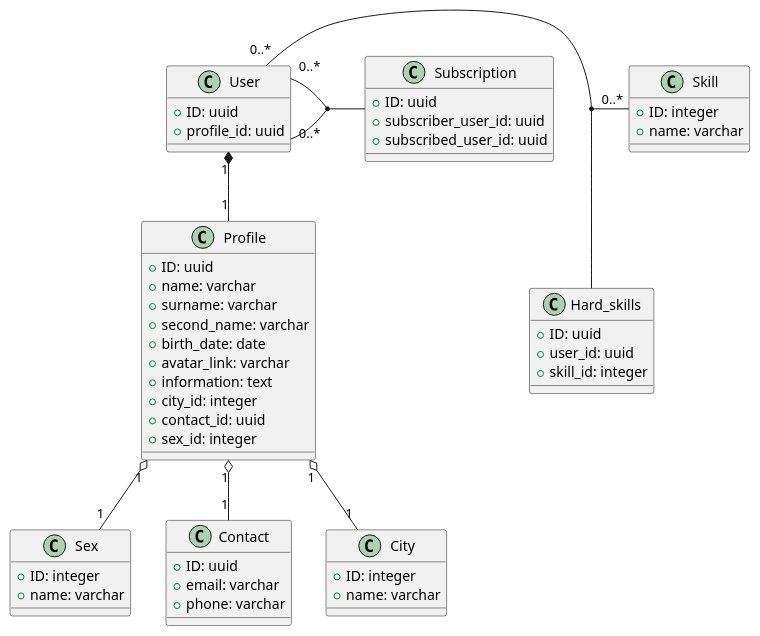
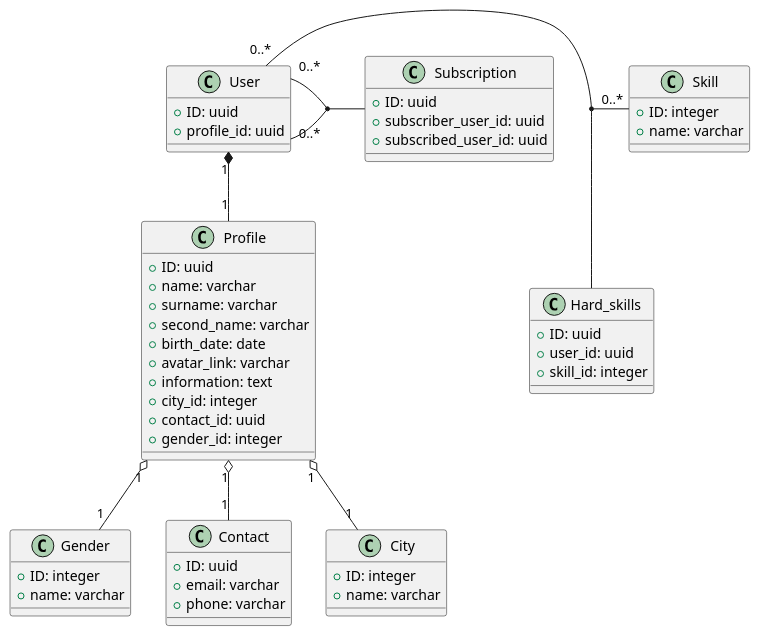
The diagram in domain.plantuml (yamangulov/skillbox-simple-microservice), drawn with PlantUML before and after one commit. The commit also changed 1 other file, not shown here.

Commit message:
Поправил Sex на Gender

```diff
--- a/domain.plantuml
+++ b/domain.plantuml
@@ -1,71 +1,71 @@
 @startuml
 
 class User {
   +ID: uuid
   +profile_id: uuid
 }
 
 class Profile {
   +ID: uuid
   +name: varchar
   +surname: varchar
   +second_name: varchar
   +birth_date: date
   +avatar_link: varchar
   +information: text
   +city_id: integer
   +contact_id: uuid
-  +sex_id: integer
+  +gender_id: integer
 }
 
-class Sex {
+class Gender {
   +ID: integer
   +name: varchar
 }
 
 class Contact {
   +ID: uuid
   +email: varchar
   +phone: varchar
 }
 
 class Skill {
   +ID: integer
   +name: varchar
 }
 
 class City {
   +ID: integer
   +name: varchar
 }
 
 class Hard_skills {
   +ID: uuid
   +user_id: uuid
   +skill_id: integer
 }
 
 class Subscription {
   +ID: uuid
   +subscriber_user_id: uuid
   +subscribed_user_id: uuid
 }
 
 User "1" *-- "1" Profile
 
 Profile "1" o-- "1" City
 
 Profile "1" o-- "1" Contact
 
-Profile "1" o-- "1" Sex
+Profile "1" o-- "1" Gender
 
 User "0..*" - "0..*" Skill
 (User, Skill) -- Hard_skills
 
 User "0..*" - "0..*" User
 (User, User) -- Subscription
 
 
 
 
 @enduml
```
